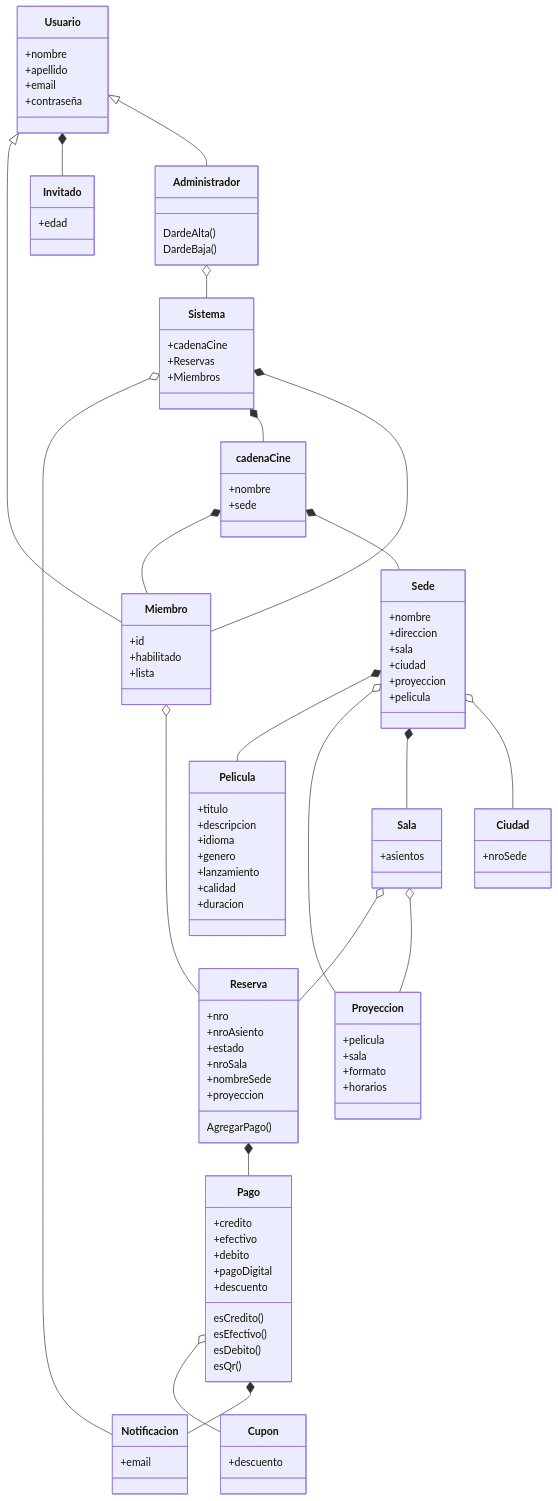
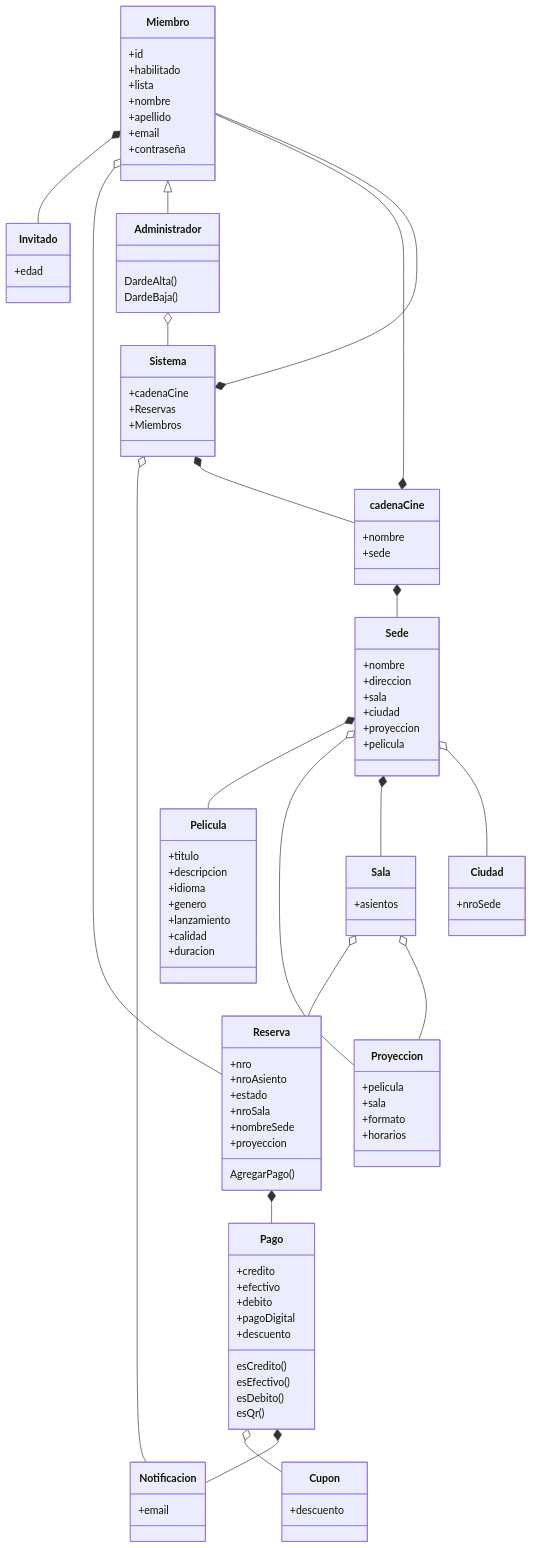
One commit to quirogapabon11/Cine changed the diagram in doc/diagrama.mmd. Above: the diagram before and after it, drawn with Mermaid. The commit also changed 15 other files, not shown here.

```diff
--- a/doc/diagrama.mmd
+++ b/doc/diagrama.mmd
@@ -1,118 +1,116 @@
 classDiagram
 
 class Miembro
 Miembro: +id
 Miembro: +habilitado
-Miembro: +lista  
+Miembro: +lista
+Miembro: +nombre
+Miembro: +apellido
+Miembro: +email
+Miembro: +contraseña
+Miembro *-- Invitado
+
 
 Miembro o-- Reserva
 Reserva *-- Pago
-
-class Usuario
-Usuario: +nombre
-Usuario: +apellido
-Usuario: +email
-Usuario: +contraseña
-Usuario <|-- Miembro
-Usuario *-- Invitado
 
 class Invitado
 Invitado: +edad
 
 class cadenaCine
 cadenaCine: +nombre
 cadenaCine: +sede
 
 Sede *-- Pelicula
 cadenaCine *-- Miembro
 
 class Sede
 Sede: +nombre
 Sede: +direccion
 Sede: +sala
 Sede: +ciudad
 Sede: +proyeccion
 Sede: +pelicula
 cadenaCine *-- Sede
 
 
 class Ciudad
 Ciudad: +nroSede
 
 class Pelicula 
 Pelicula: +titulo
 Pelicula: +descripcion
 Pelicula: +idioma
 Pelicula: +genero
 Pelicula: +lanzamiento
 Pelicula: +calidad
 Pelicula: +duracion
 
 
 
 Sede o-- Proyeccion
 
 Sede *-- Sala
 
 Sala o-- Reserva
 Sala o-- Proyeccion
 Sede o-- Ciudad
 
 class Proyeccion
 Proyeccion: +pelicula
 Proyeccion: +sala
 Proyeccion: +formato
 Proyeccion: +horarios
 
 class Sala
 Sala: +asientos
 
 
 
 
 class Reserva
 Reserva: +nro
 Reserva: +nroAsiento
 Reserva: +estado
 Reserva: +nroSala
 Reserva: +nombreSede
 Reserva: +proyeccion
 Reserva: AgregarPago()
 
 class Sistema
 Sistema: +cadenaCine
 Sistema: +Reservas
 Sistema: +Miembros
 
 
 Sistema o-- Notificacion
 Sistema *-- cadenaCine
 Sistema *-- Miembro
 
 class Pago
 Pago: +credito
 Pago: +efectivo
 Pago: +debito
 Pago: +pagoDigital
 Pago: +descuento
 Pago: esCredito() 
 Pago: esEfectivo()
 Pago: esDebito()
 Pago: esQr()
 
 
 class Cupon
 Cupon: +descuento
 Pago o-- Cupon
 
 
 Pago *-- Notificacion
 
 class Notificacion
 Notificacion: +email
 
 class Administrador
 Administrador: DardeAlta()
 Administrador: DardeBaja()
 Administrador o-- Sistema
-Usuario <|-- Administrador 
+Miembro <|-- Administrador 
```
